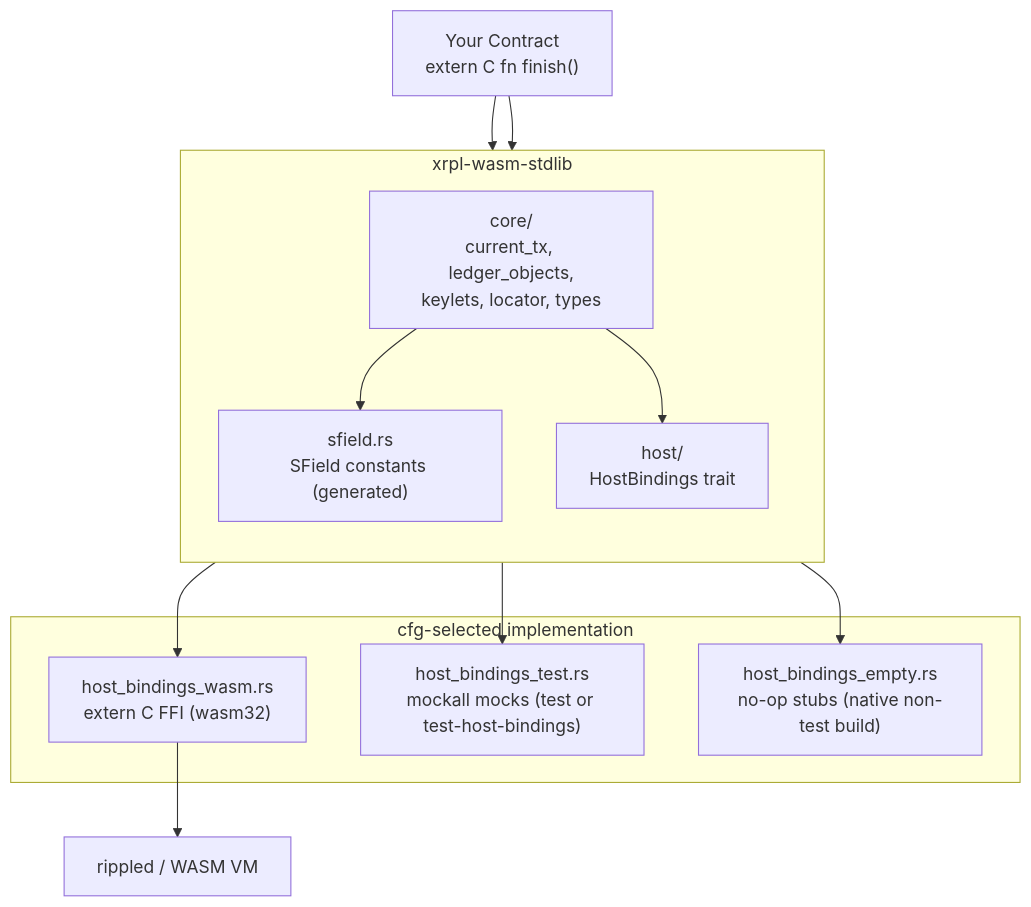
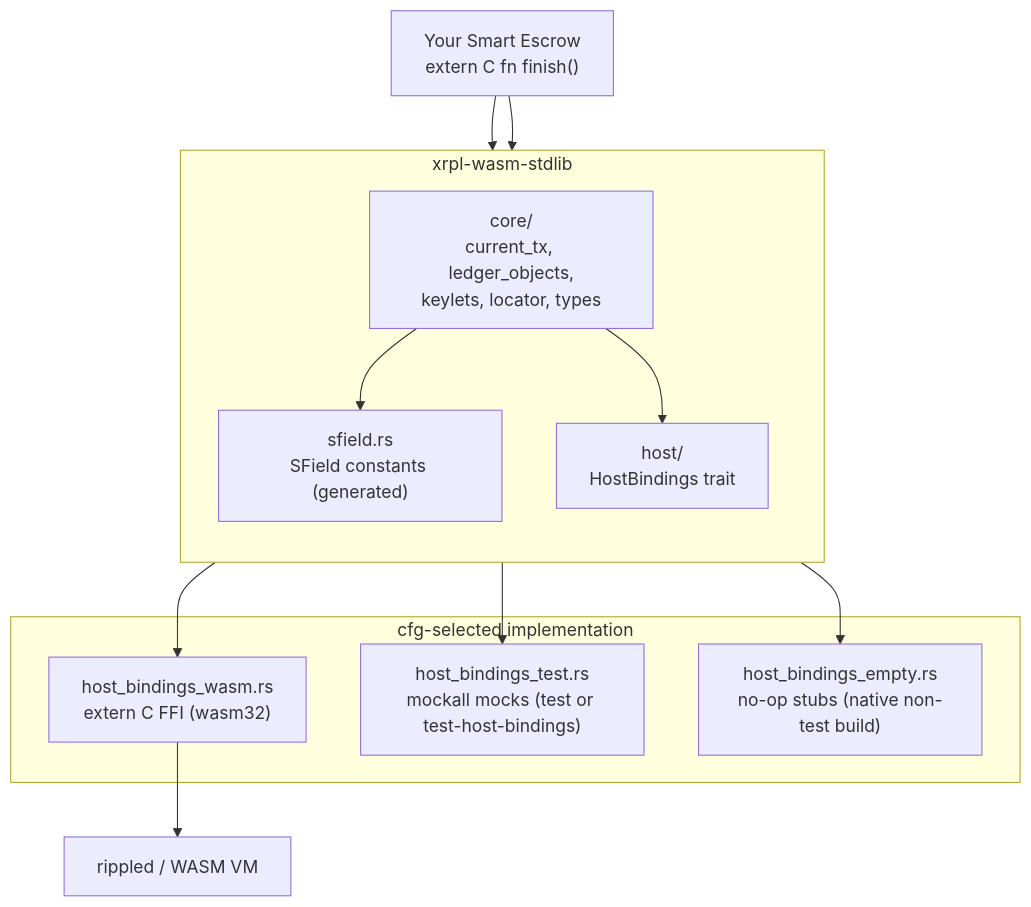
One commit to ripple/xrpl-wasm-stdlib changed the second of 2 diagrams in ARCHITECTURE.md. Above: the diagram before and after it, drawn with Mermaid. The commit also changed other lines of this file, not shown here.

````diff
--- a/ARCHITECTURE.md
+++ b/ARCHITECTURE.md
@@ -61,28 +61,28 @@
 ```mermaid
 graph TD
-    CONTRACT["Your Contract\nextern C fn finish()"]
+    CONTRACT["Your Smart Escrow\nextern C fn finish()"]
 
     subgraph stdlib["xrpl-wasm-stdlib"]
         direction TB
         CORE["core/\ncurrent_tx, ledger_objects,\nkeylets, locator, types"]
         SFIELD["sfield.rs\nSField constants (generated)"]
         HOST["host/\nHostBindings trait"]
     end
 
     subgraph cfg["cfg-selected implementation"]
         WASM["host_bindings_wasm.rs\nextern C FFI (wasm32)"]
         TEST["host_bindings_test.rs\nmockall mocks (test or test-host-bindings)"]
         EMPTY["host_bindings_empty.rs\nno-op stubs (native non-test build)"]
     end
 
     RIPPLED["rippled / WASM VM"]
 
     CONTRACT --> CORE
     CONTRACT --> HOST
     CORE --> SFIELD
     CORE --> HOST
     HOST --> WASM
     HOST --> TEST
     HOST --> EMPTY
     WASM --> RIPPLED
 ```
````
